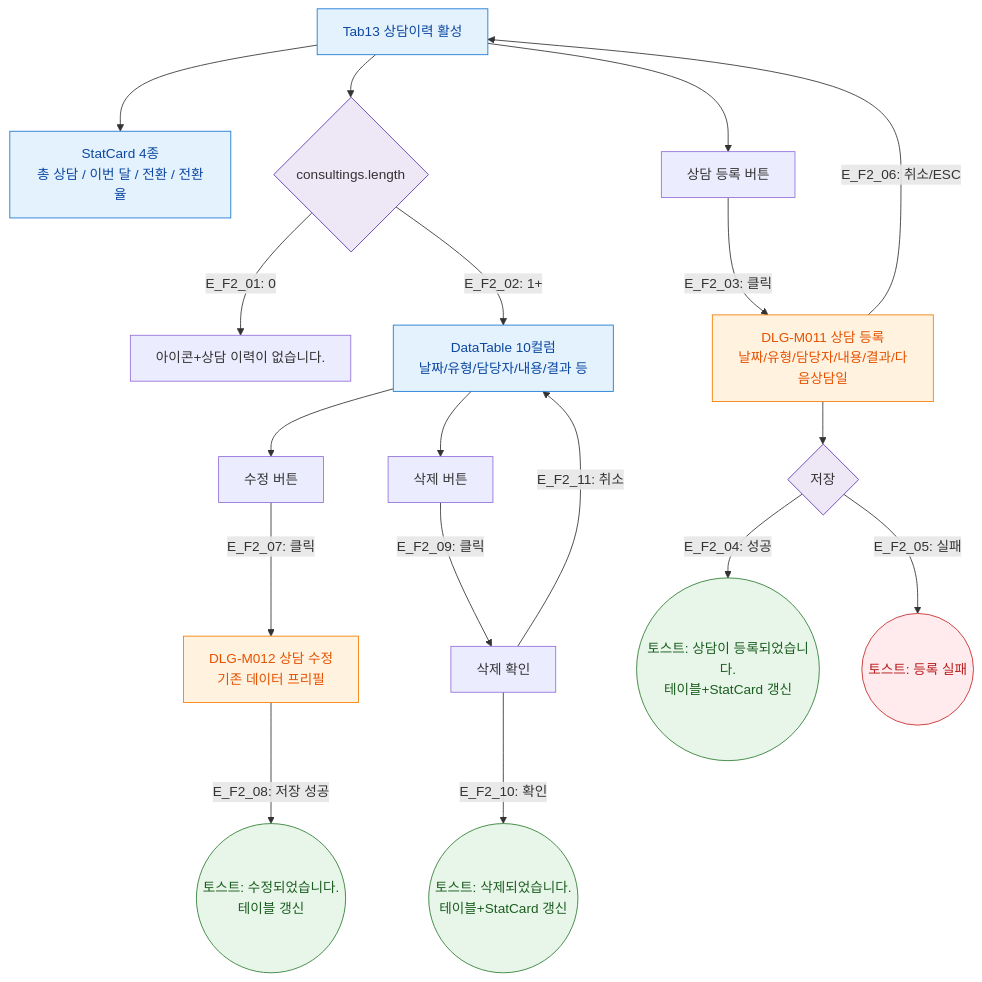
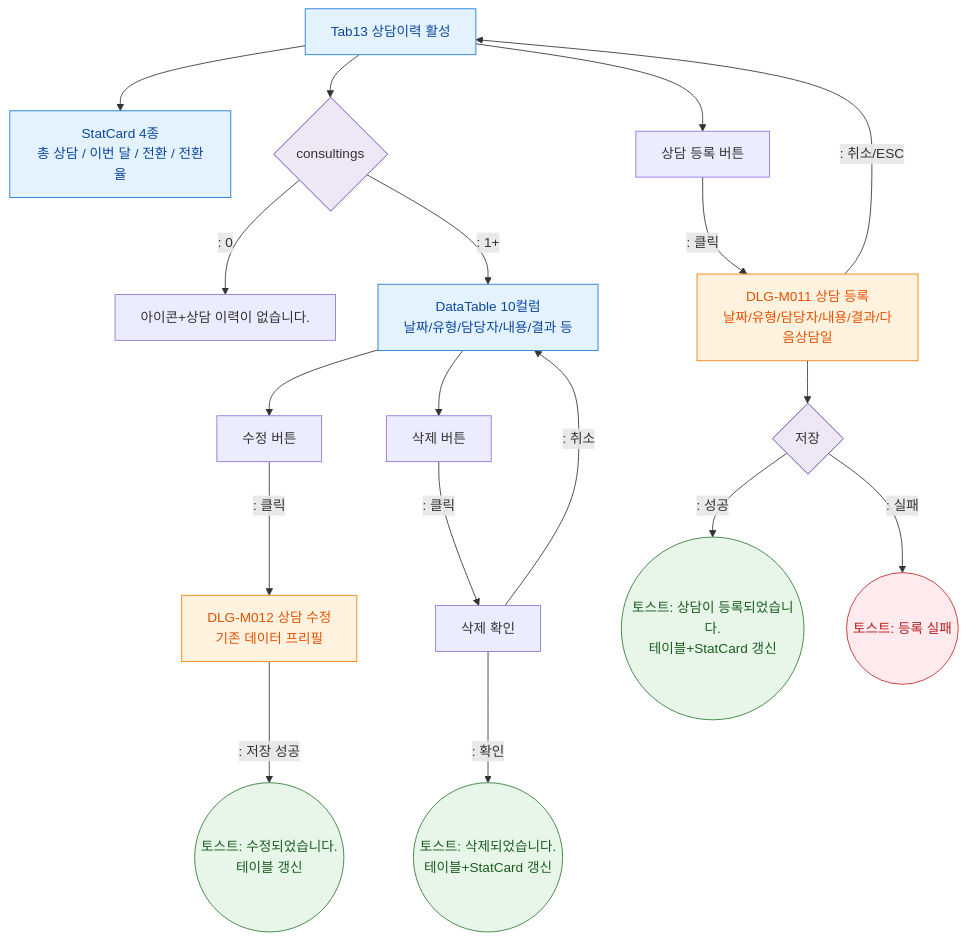
Before and after one commit to dev-spogym/admin-pando: the diagram in docs/다이어그램/D02_회원관리/SCR-M004_회원상세/Tab13_상담이력/F2_메인.md, drawn with Mermaid. The commit also changed other lines of this file and 1660 other files, not shown here.

First line of the commit message:
다이어그램: 기획자/클라이언트 납품본으로 정리

````diff
--- a/docs/다이어그램/D02_회원관리/SCR-M004_회원상세/Tab13_상담이력/F2_메인.md
+++ b/docs/다이어그램/D02_회원관리/SCR-M004_회원상세/Tab13_상담이력/F2_메인.md
@@ -23,36 +21,36 @@
 ```mermaid
 flowchart TD
   TAB[Tab13 상담이력 활성] --> STAT[StatCard 4종\n총 상담 / 이번 달 / 전환 / 전환율]
-  TAB --> LIST{consultings.length}
+  TAB --> LIST{consultings}
 
-  LIST -->|"E_F2_01: 0"| EMPTY[아이콘+상담 이력이 없습니다.]
-  LIST -->|"E_F2_02: 1+"| TABLE[DataTable 10컬럼\n날짜/유형/담당자/내용/결과 등]
+  LIST -->|": 0"|EMPTY[아이콘+상담 이력이 없습니다.]
+  LIST -->|": 1+"|TABLE[DataTable 10컬럼\n날짜/유형/담당자/내용/결과 등]
 
   TAB --> ADD_BTN[상담 등록 버튼]
-  ADD_BTN -->|"E_F2_03: 클릭"| DLG_M011[DLG-M011 상담 등록\n날짜/유형/담당자/내용/결과/다음상담일]
+  ADD_BTN -->|": 클릭"|DLG_M011[DLG-M011 상담 등록\n날짜/유형/담당자/내용/결과/다음상담일]
 
   DLG_M011 --> SAVE_BTN{저장}
-  SAVE_BTN -->|"E_F2_04: 성공"| INSERT_OK((토스트: 상담이 등록되었습니다.\n테이블+StatCard 갱신))
-  SAVE_BTN -->|"E_F2_05: 실패"| INSERT_ERR((토스트: 등록 실패))
-  DLG_M011 -->|"E_F2_06: 취소/ESC"| TAB
+  SAVE_BTN -->|": 성공"|INSERT_OK((토스트: 상담이 등록되었습니다.\n테이블+StatCard 갱신))
+  SAVE_BTN -->|": 실패"|INSERT_ERR((토스트: 등록 실패))
+  DLG_M011 -->|": 취소/ESC"|TAB
 
   TABLE --> EDIT_BTN[수정 버튼]
-  EDIT_BTN -->|"E_F2_07: 클릭"| DLG_M012[DLG-M012 상담 수정\n기존 데이터 프리필]
-  DLG_M012 -->|"E_F2_08: 저장 성공"| UPDATE_OK((토스트: 수정되었습니다.\n테이블 갱신))
+  EDIT_BTN -->|": 클릭"|DLG_M012[DLG-M012 상담 수정\n기존 데이터 프리필]
+  DLG_M012 -->|": 저장 성공"|UPDATE_OK((토스트: 수정되었습니다.\n테이블 갱신))
 
   TABLE --> DEL_BTN[삭제 버튼]
-  DEL_BTN -->|"E_F2_09: 클릭"| DEL_CONFIRM[삭제 확인]
-  DEL_CONFIRM -->|"E_F2_10: 확인"| DEL_OK((토스트: 삭제되었습니다.\n테이블+StatCard 갱신))
-  DEL_CONFIRM -->|"E_F2_11: 취소"| TABLE
+  DEL_BTN -->|": 클릭"|DEL_CONFIRM[삭제 확인]
+  DEL_CONFIRM -->|": 확인"|DEL_OK((토스트: 삭제되었습니다.\n테이블+StatCard 갱신))
+  DEL_CONFIRM -->|": 취소"|TABLE
 
   classDef screen fill:#E3F2FD,stroke:#1976D2,color:#0D47A1
   classDef modal fill:#FFF3E0,stroke:#F57C00,color:#E65100
   classDef success fill:#E8F5E9,stroke:#2E7D32,color:#1B5E20
   classDef error fill:#FFEBEE,stroke:#C62828,color:#B71C1C
   classDef system fill:#EDE7F6,stroke:#5E35B2
   class TAB,STAT,TABLE screen
   class DLG_M011,DLG_M012 modal
   class INSERT_OK,UPDATE_OK,DEL_OK success
   class INSERT_ERR error
   class LIST,SAVE_BTN system
 ```
````
